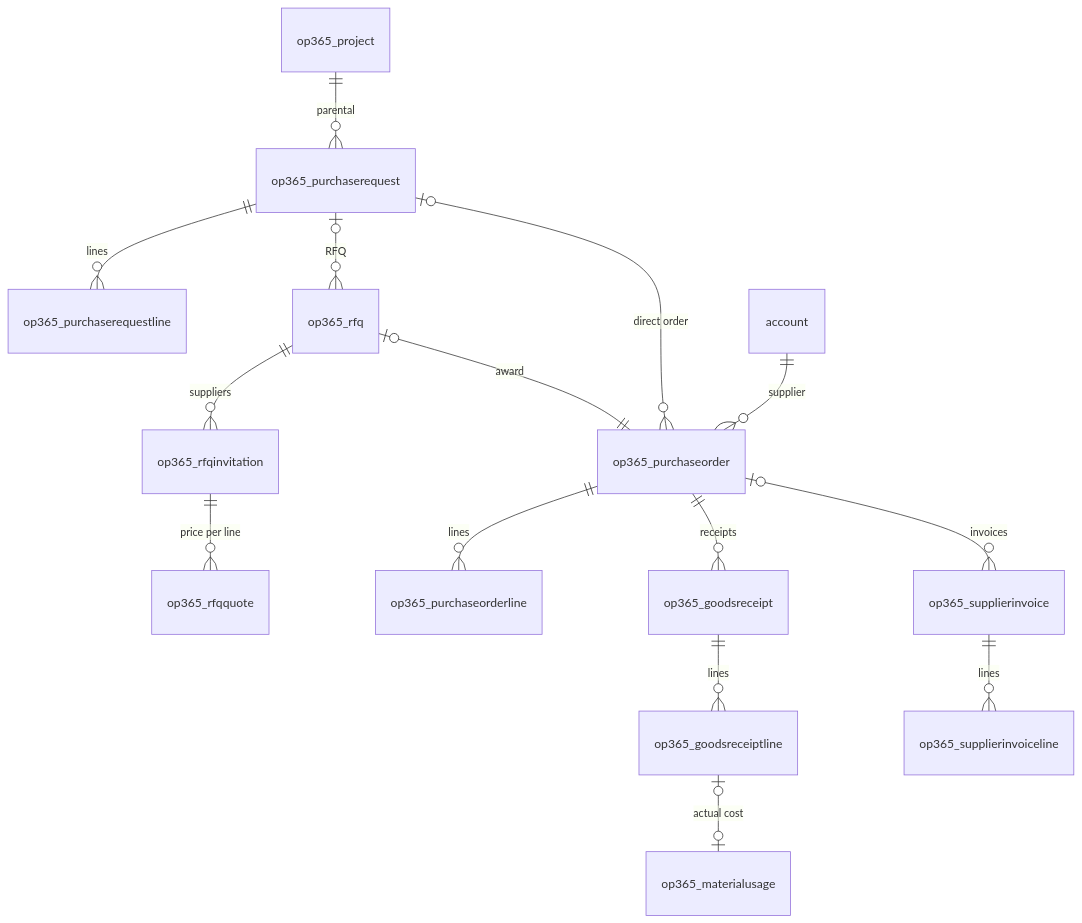
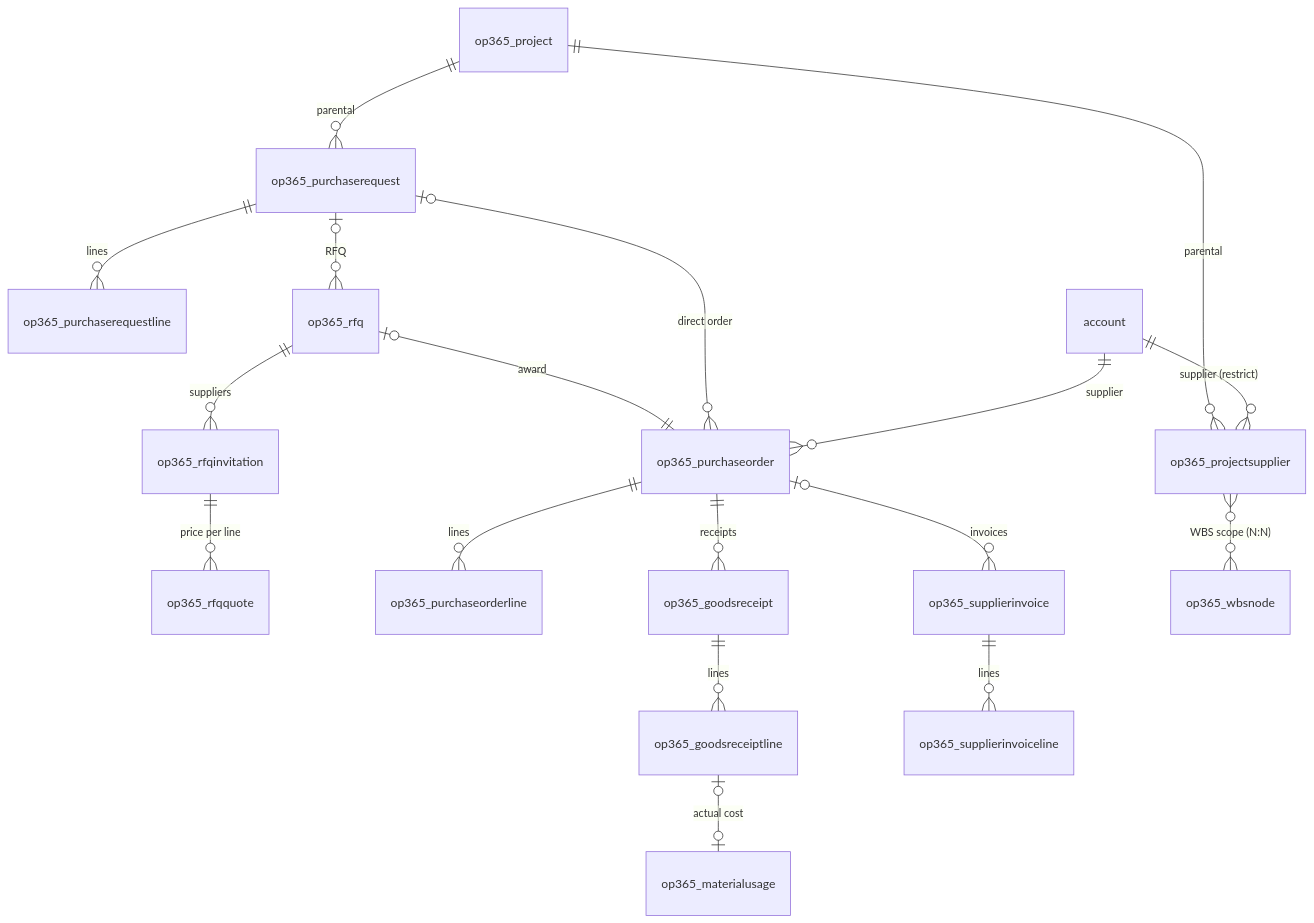
The fifth of 7 diagrams in docs/data-model.md (Power-Builders-Italia/ProjectIQ), drawn with Mermaid before and after one commit. The commit also changed other lines of this file and 77 other files, not shown here.

First line of the commit message:
Project suppliers with WBS scope on the supplier portal (#118)

````diff
--- a/docs/data-model.md
+++ b/docs/data-model.md
@@ -164,17 +165,20 @@
 ```mermaid
 erDiagram
     op365_project ||--o{ op365_purchaserequest : parental
     op365_purchaserequest ||--o{ op365_purchaserequestline : lines
     op365_purchaserequest |o--o{ op365_rfq : "RFQ"
     op365_rfq ||--o{ op365_rfqinvitation : "suppliers"
     op365_rfqinvitation ||--o{ op365_rfqquote : "price per line"
     op365_rfq |o--|| op365_purchaseorder : "award"
     op365_purchaserequest |o--o{ op365_purchaseorder : "direct order"
     op365_purchaseorder ||--o{ op365_purchaseorderline : lines
     op365_purchaseorder ||--o{ op365_goodsreceipt : receipts
     op365_goodsreceipt ||--o{ op365_goodsreceiptline : lines
     op365_goodsreceiptline |o--o| op365_materialusage : "actual cost"
     op365_purchaseorder |o--o{ op365_supplierinvoice : invoices
     op365_supplierinvoice ||--o{ op365_supplierinvoiceline : lines
     account ||--o{ op365_purchaseorder : supplier
+    op365_project ||--o{ op365_projectsupplier : "parental"
+    account ||--o{ op365_projectsupplier : "supplier (restrict)"
+    op365_projectsupplier }o--o{ op365_wbsnode : "WBS scope (N:N)"
 ```
````
